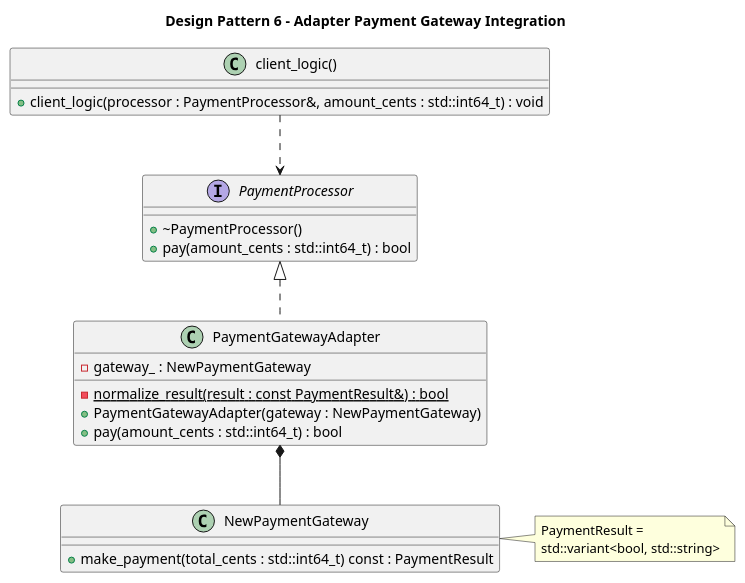
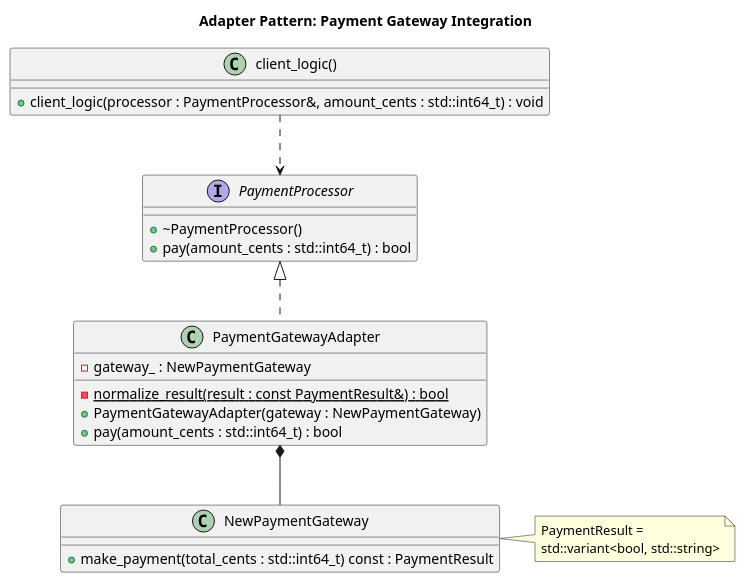
One commit to PatrickG2907/oop-design-pattern-challenges changed the diagram in structural-patterns/adapter/cpp/architecture.puml. Above: the diagram before and after it, drawn with PlantUML.

```diff
--- a/structural-patterns/adapter/cpp/architecture.puml
+++ b/structural-patterns/adapter/cpp/architecture.puml
@@ -1,35 +1,35 @@
 @startuml
-title Design Pattern 6 - Adapter Payment Gateway Integration
+title Adapter Pattern: Payment Gateway Integration
 
 interface PaymentProcessor {
     + ~PaymentProcessor()
     + pay(amount_cents : std::int64_t) : bool
 }
 
 class NewPaymentGateway {
     + make_payment(total_cents : std::int64_t) const : PaymentResult
 }
 
 class PaymentGatewayAdapter {
     - gateway_ : NewPaymentGateway
     - {static} normalize_result(result : const PaymentResult&) : bool
     + PaymentGatewayAdapter(gateway : NewPaymentGateway)
     + pay(amount_cents : std::int64_t) : bool
 }
 
 class "client_logic()" as ClientLogic {
     + client_logic(processor : PaymentProcessor&, amount_cents : std::int64_t) : void
 }
 
 PaymentProcessor <|.. PaymentGatewayAdapter
 
 PaymentGatewayAdapter *-- NewPaymentGateway
 
 ClientLogic ..> PaymentProcessor
 
 note right of NewPaymentGateway
 PaymentResult =
 std::variant<bool, std::string>
 end note
 
 @enduml
```
